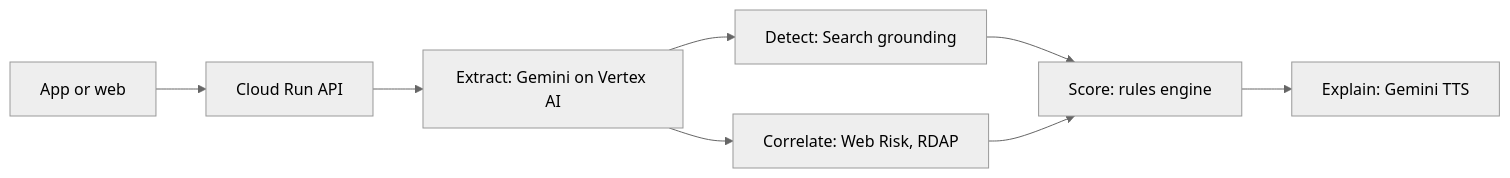
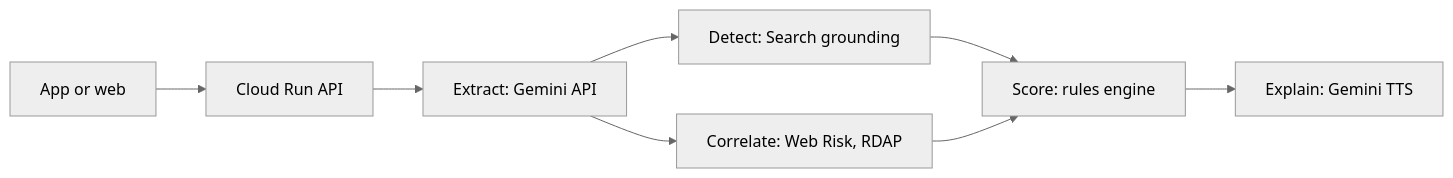
One commit to minthein128/scamshield changed the diagram in README.md. Above: the diagram before and after it, drawn with Mermaid (neutral theme).

Commit message:
docs: name the Gemini API, not Vertex AI, in the README diagram

````diff
--- a/README.md
+++ b/README.md
@@ -29,10 +29,10 @@
 ```mermaid
 flowchart LR
   A[App or web] --> B[Cloud Run API]
-  B --> C[Extract: Gemini on Vertex AI]
+  B --> C[Extract: Gemini API]
   C --> D[Detect: Search grounding]
   C --> E[Correlate: Web Risk, RDAP]
   D --> F[Score: rules engine]
   E --> F
   F --> G[Explain: Gemini TTS]
 ```
````
